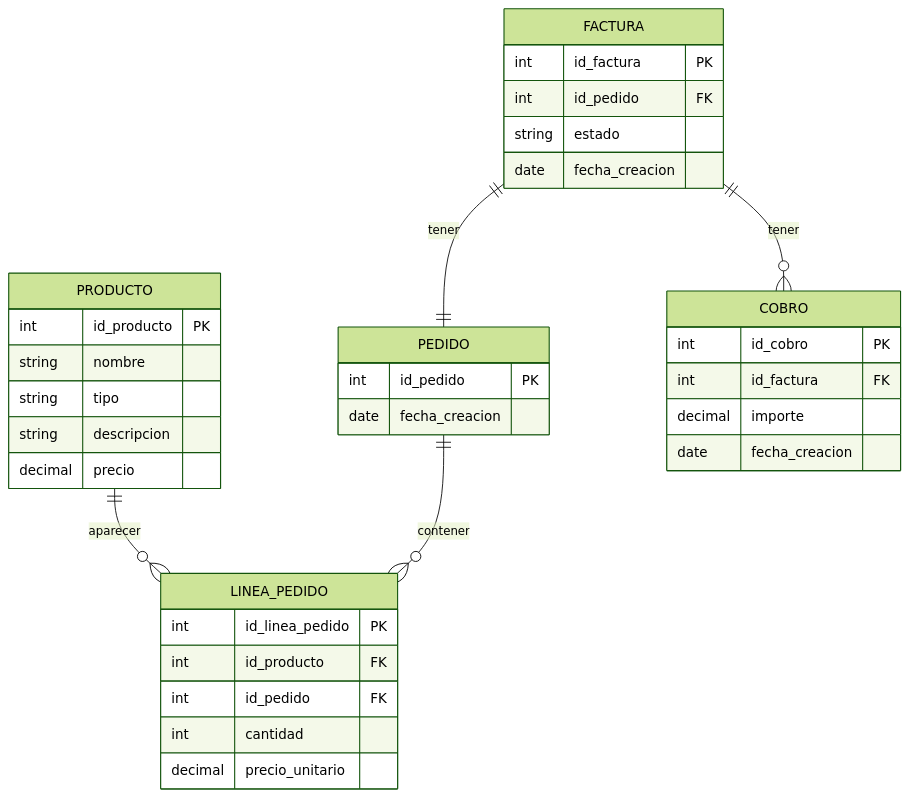
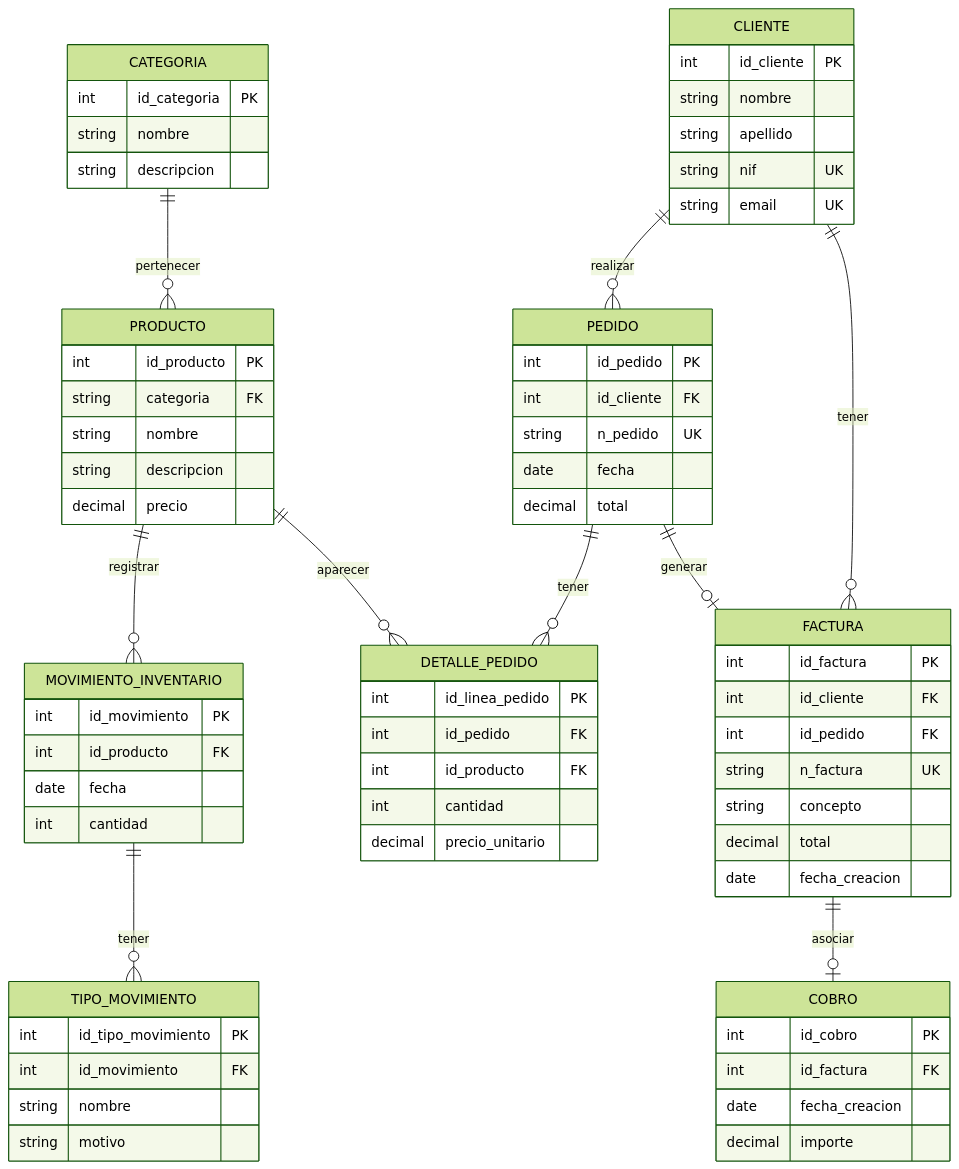
One commit to InesLlopis/la-pitayera changed the diagram in docs/diagramaER.md. Above: the diagram before and after it, drawn with Mermaid (forest theme). The commit also changed 3 other files, not shown here.

Commit message:
docs: ajustar modelos y crear diagrama ER

````diff
--- a/docs/diagramaER.md
+++ b/docs/diagramaER.md
@@ -5,44 +5,83 @@
 ```mermaid
 erDiagram
     
     PRODUCTO {
         int id_producto PK
+        string categoria FK
         string nombre
-        string tipo
         string descripcion
         decimal precio
     }
 
+    CATEGORIA {
+        int id_categoria PK
+        string nombre
+        string descripcion
+    }
+
     PEDIDO {
         int id_pedido PK
-        date fecha_creacion
+        int id_cliente FK
+        string n_pedido UK
+        date fecha
+        decimal total
     }
 
-    LINEA_PEDIDO {
+    DETALLE_PEDIDO {
         int id_linea_pedido PK
+        int id_pedido FK
         int id_producto FK
-        int id_pedido FK
         int cantidad
         decimal precio_unitario
     }
 
+    MOVIMIENTO_INVENTARIO {
+        int id_movimiento PK
+        int id_producto FK
+        date fecha
+        int cantidad
+    }
+
+    TIPO_MOVIMIENTO {
+        int id_tipo_movimiento PK
+        int id_movimiento FK
+        string nombre
+        string motivo
+    }
+
+    CLIENTE {
+        int id_cliente PK
+        string nombre
+        string apellido
+        string nif UK
+        string email UK
+    }
+
     FACTURA {
         int id_factura PK
+        int id_cliente FK
         int id_pedido FK
-        string estado
+        string n_factura UK
+        string concepto
+        decimal total
         date fecha_creacion
     }
 
     COBRO {
         int id_cobro PK
         int id_factura FK
+        date fecha_creacion
         decimal importe
-        date fecha_creacion
     }
 
-    PRODUCTO ||--o{ LINEA_PEDIDO : aparecer
-    PEDIDO ||--o{ LINEA_PEDIDO : contener
-    FACTURA ||--|| PEDIDO : tener
-    FACTURA ||--o{ COBRO : tener
+    CLIENTE ||--o{ FACTURA : tener
+    PEDIDO ||--o| FACTURA : generar
+    FACTURA ||--o| COBRO : asociar
+    CLIENTE ||--o{ PEDIDO : realizar
+    CATEGORIA ||--o{ PRODUCTO : pertenecer
+    PEDIDO ||--o{ DETALLE_PEDIDO: tener
+    PRODUCTO ||--o{ DETALLE_PEDIDO : aparecer
+    PRODUCTO ||--o{ MOVIMIENTO_INVENTARIO : registrar
+    MOVIMIENTO_INVENTARIO ||--o{ TIPO_MOVIMIENTO : tener
     
 ```
````
